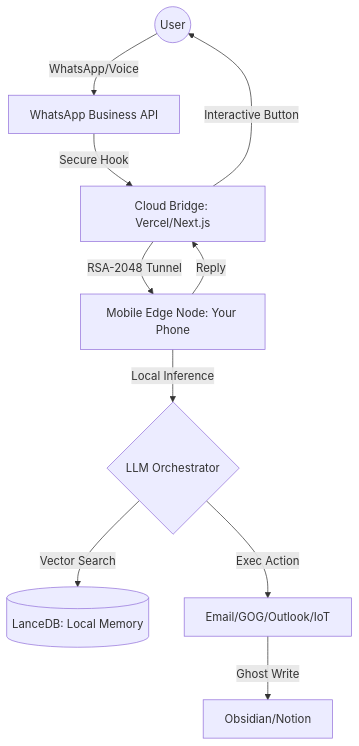
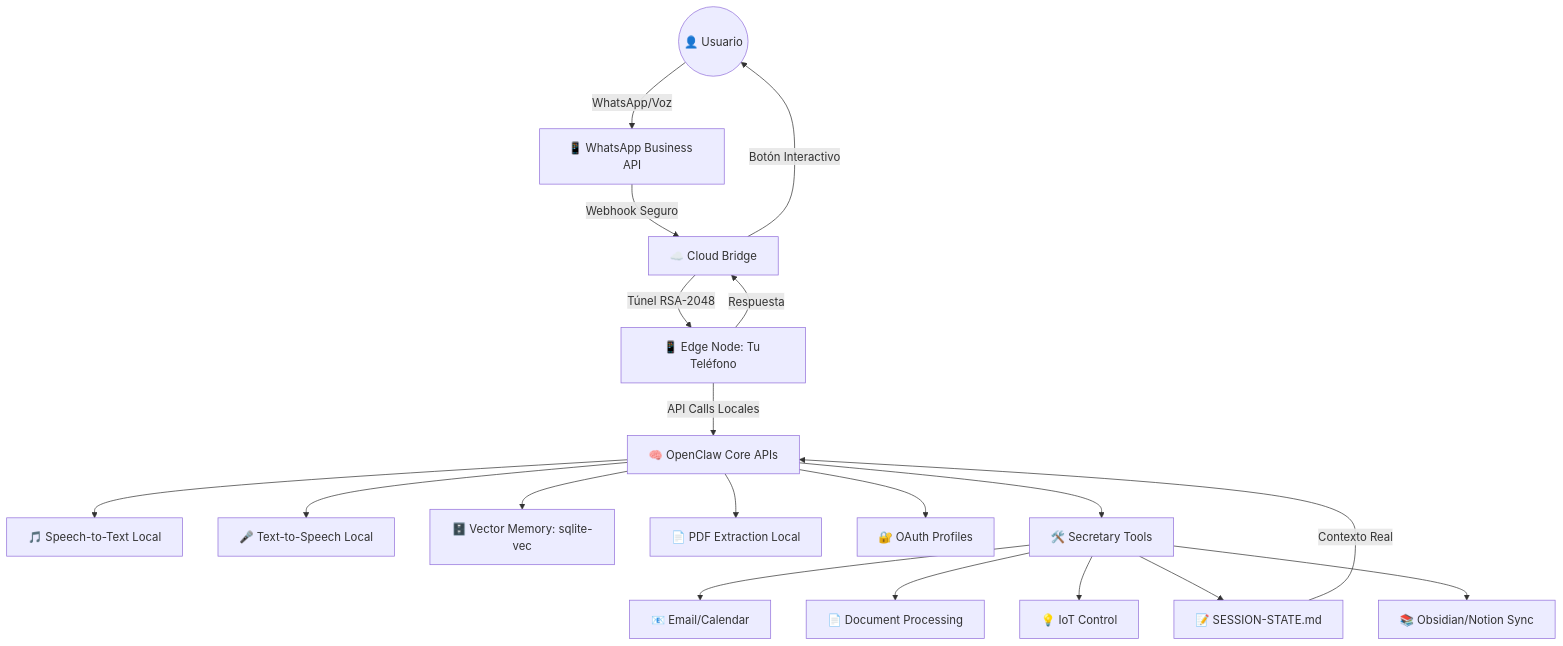
The diagram in extensions/secretary/README.md (ivanintech/openclaw), drawn with Mermaid before and after one commit. The commit also changed other lines of this file and 16 other files, not shown here.

First line of the commit message:
feat: Integrate OpenClaw Auto-OAuth for Zero Configuration Magic

````diff
--- a/extensions/secretary/README.md
+++ b/extensions/secretary/README.md
@@ -60,12 +66,34 @@
 ```mermaid
 graph TD
-    User((User)) -- WhatsApp/Voice --> WA[WhatsApp Business API]
-    WA -- Secure Hook --> Cloud[Cloud Bridge: Vercel/Next.js]
-    Cloud -- RSA-2048 Tunnel --> Edge[Mobile Edge Node: Your Phone]
-    Edge -- Local Inference --> LLM{LLM Orchestrator}
-    LLM -- Vector Search --> DB[(LanceDB: Local Memory)]
-    LLM -- Exec Action --> Tools[Email/GOG/Outlook/IoT]
-    Tools -- Ghost Write --> PKM[Obsidian/Notion]
-    Edge -- Reply --> Cloud
-    Cloud -- Interactive Button --> User
+    %% Input Layer
+    User((👤 Usuario)) -- WhatsApp/Voz --> WA[📱 WhatsApp Business API]
+    WA -- Webhook Seguro --> Cloud[☁️ Cloud Bridge]
+    
+    %% Secure Communication
+    Cloud -- Túnel RSA-2048 --> Edge[📱 Edge Node: Tu Teléfono]
+    
+    %% OpenClaw Core Integration (100% Local)
+    Edge -- API Calls Locales --> Core[🧠 OpenClaw Core APIs]
+    
+    %% Core Services Directional Flow
+    Core --> STT[🎵 Speech-to-Text Local]
+    Core --> TTS[🎤 Text-to-Speech Local] 
+    Core --> Memory[🗄️ Vector Memory: sqlite-vec]
+    Core --> PDF[📄 PDF Extraction Local]
+    Core --> Auth[🔐 OAuth Profiles]
+    
+    %% Secretary Tools Execution
+    Core --> Tools[🛠️ Secretary Tools]
+    Tools --> EmailCal[📧 Email/Calendar]
+    Tools --> Docs[📄 Document Processing]
+    Tools --> IoT[💡 IoT Control]
+    
+    %% Data Persistence
+    Tools --> WAL[📝 SESSION-STATE.md]
+    WAL -->|Contexto Real| Core
+    
+    %% Output Channels
+    Tools --> PKM[📚 Obsidian/Notion Sync]
+    Edge -->|Respuesta| Cloud
+    Cloud -->|Botón Interactivo| User
 ```
````
